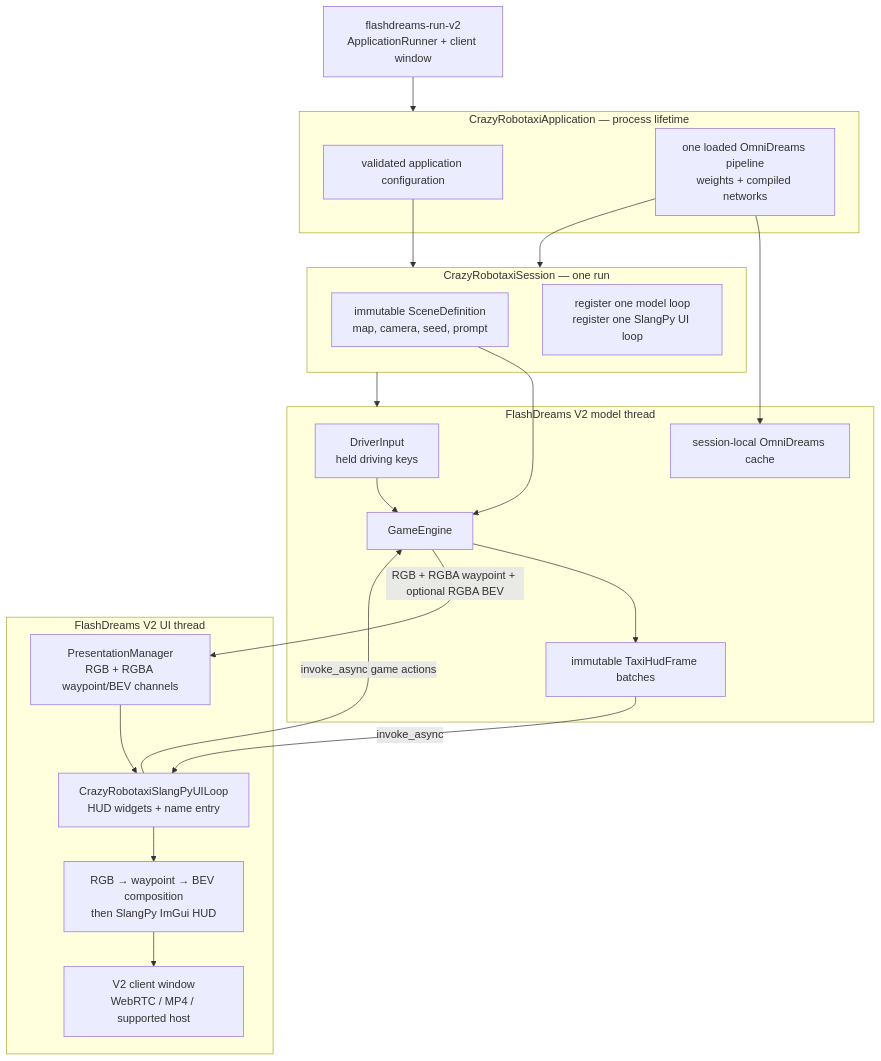
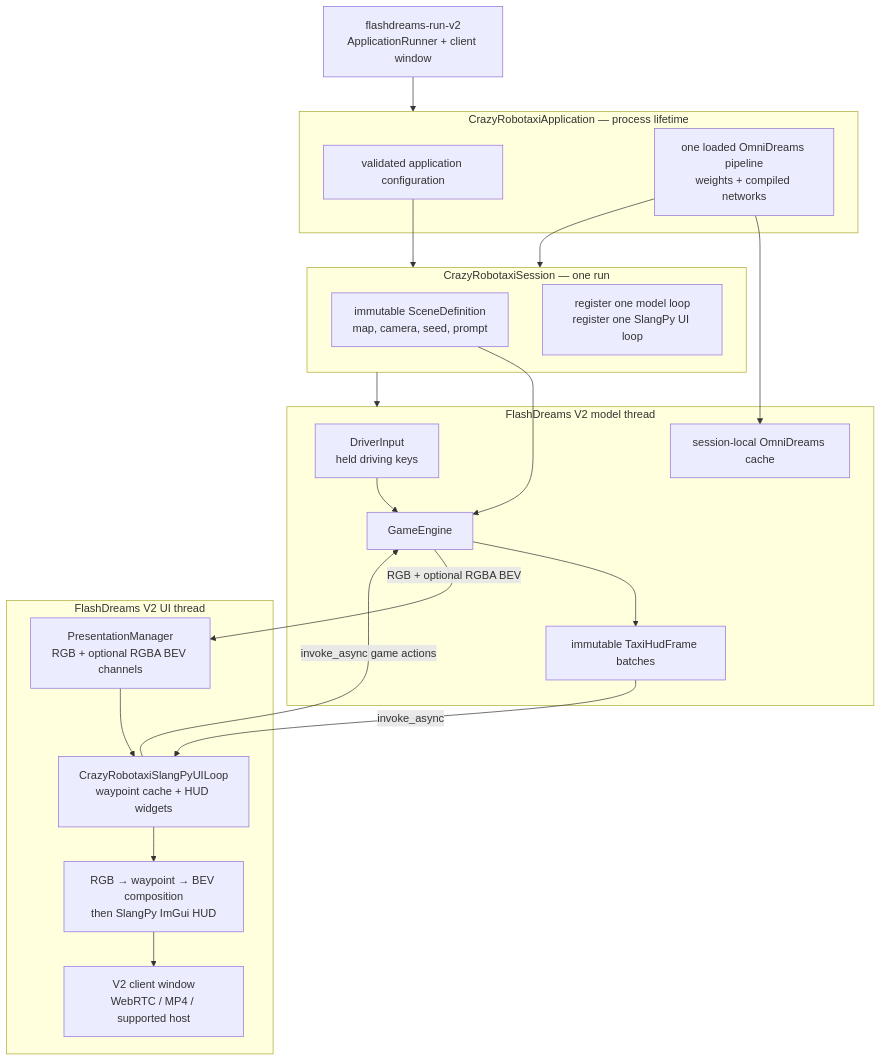
Before and after one commit to NVIDIA/flashdreams: the first of 5 diagrams in docs/design/crazy_robotaxi_v2_architecture.md, drawn with Mermaid. The commit also changed other lines of this file and 9 other files, not shown here.

Commit message:
Optimize Crazy Robotaxi frame pacing

````diff
--- a/docs/design/crazy_robotaxi_v2_architecture.md
+++ b/docs/design/crazy_robotaxi_v2_architecture.md
@@ -30,41 +30,41 @@
 ```mermaid
 flowchart TD
     HOST["flashdreams-run-v2<br/>ApplicationRunner + client window"]
 
     subgraph APP["CrazyRobotaxiApplication — process lifetime"]
         ARGS["validated application configuration"]
         PIPELINE["one loaded OmniDreams pipeline<br/>weights + compiled networks"]
     end
 
     subgraph SESSION["CrazyRobotaxiSession — one run"]
         SCENE["immutable SceneDefinition<br/>map, camera, seed, prompt"]
         REG["register one model loop<br/>register one SlangPy UI loop"]
     end
 
     subgraph MODELTHREAD["FlashDreams V2 model thread"]
         INPUT["DriverInput<br/>held driving keys"]
         ENGINE["GameEngine"]
         CACHE["session-local OmniDreams cache"]
         HUDSTATE["immutable TaxiHudFrame batches"]
     end
 
     subgraph UITHREAD["FlashDreams V2 UI thread"]
-        BUFFER["PresentationManager<br/>RGB + RGBA waypoint/BEV channels"]
-        HUD["CrazyRobotaxiSlangPyUILoop<br/>HUD widgets + name entry"]
+        BUFFER["PresentationManager<br/>RGB + optional RGBA BEV channels"]
+        HUD["CrazyRobotaxiSlangPyUILoop<br/>waypoint cache + HUD widgets"]
         COMPOSE["RGB → waypoint → BEV composition<br/>then SlangPy ImGui HUD"]
         WINDOW["V2 client window<br/>WebRTC / MP4 / supported host"]
     end
 
     HOST --> APP
     ARGS --> SESSION
     PIPELINE --> SESSION
     SESSION --> MODELTHREAD
     SCENE --> ENGINE
     PIPELINE --> CACHE
     INPUT --> ENGINE
     ENGINE --> HUDSTATE
-    ENGINE -->|"RGB + RGBA waypoint + optional RGBA BEV"| BUFFER
+    ENGINE -->|"RGB + optional RGBA BEV"| BUFFER
     HUDSTATE -->|"invoke_async"| HUD
     HUD -->|"invoke_async game actions"| ENGINE
     BUFFER --> HUD --> COMPOSE --> WINDOW
 ```
````
